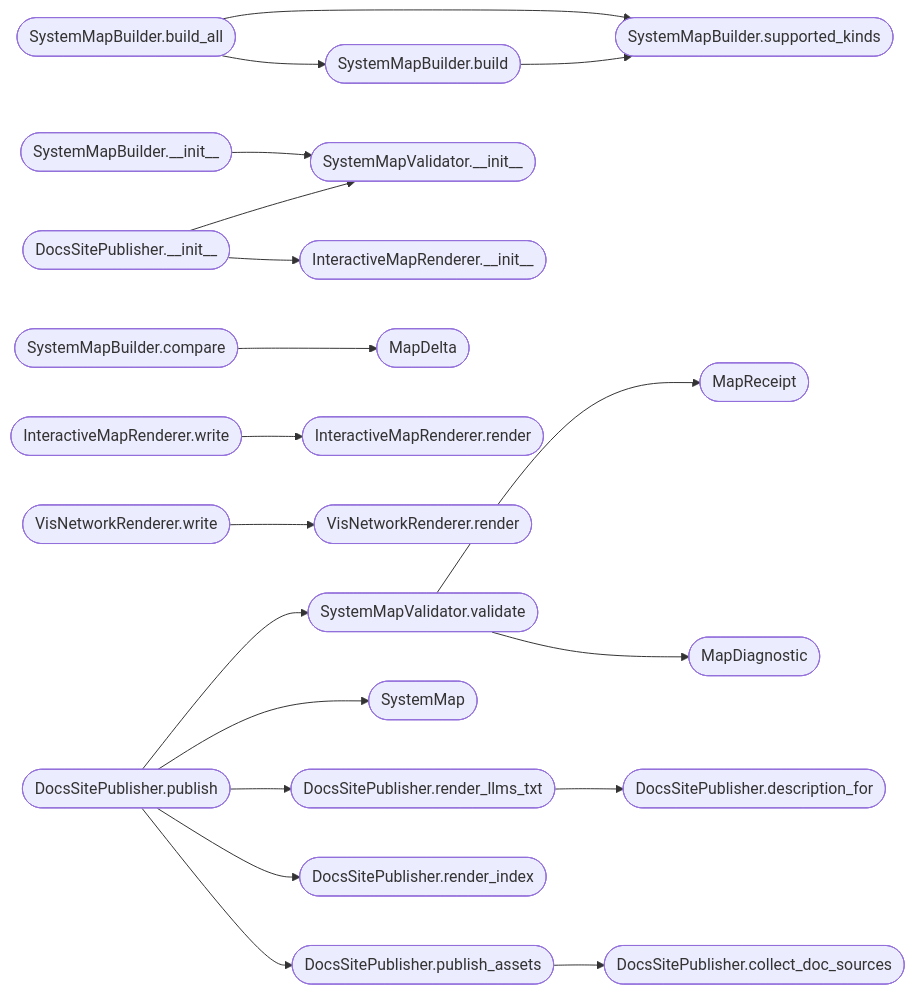
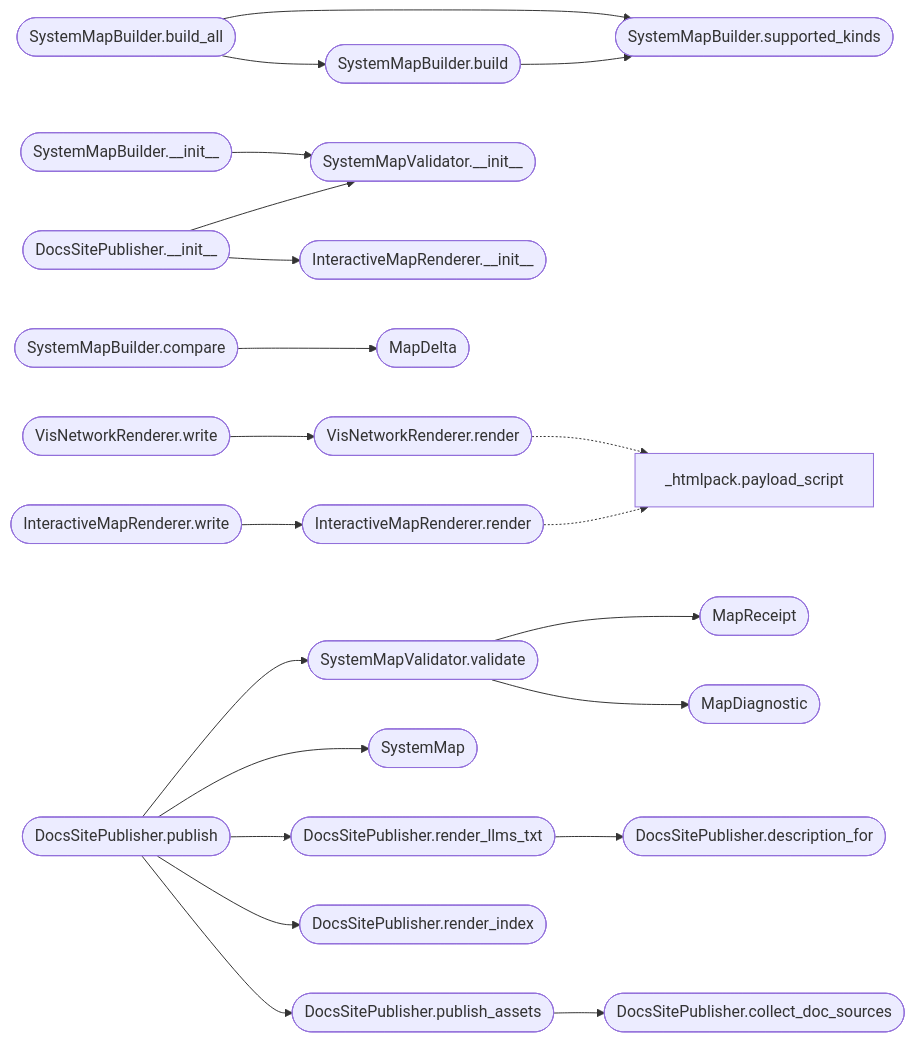
Before and after one commit to grisuno/ReadMenator: the second of 2 diagrams in readmenator-apidocs/modules/readmenator._diagrams.py.md, drawn with Mermaid. The commit also changed other lines of this file and 304 other files, not shown here.

````diff
--- a/readmenator-apidocs/modules/readmenator._diagrams.py.md
+++ b/readmenator-apidocs/modules/readmenator._diagrams.py.md
@@ -103,44 +103,47 @@
 ```mermaid
 flowchart LR
     n_readmenator__diagrams_py__SystemMapValidator_validate(["SystemMapValidator.validate"])
     n_readmenator__diagrams_py__MapDiagnostic(["MapDiagnostic"])
     n_readmenator__diagrams_py__MapReceipt(["MapReceipt"])
     n_readmenator__diagrams_py__SystemMapBuilder___init__(["SystemMapBuilder.__init__"])
     n_readmenator__diagrams_py__SystemMapValidator___init__(["SystemMapValidator.__init__"])
     n_readmenator__diagrams_py__SystemMapBuilder_build(["SystemMapBuilder.build"])
     n_readmenator__diagrams_py__SystemMapBuilder_supported_kinds(["SystemMapBuilder.supported_kinds"])
     n_readmenator__diagrams_py__SystemMapBuilder_build_all(["SystemMapBuilder.build_all"])
     n_readmenator__diagrams_py__SystemMapBuilder_compare(["SystemMapBuilder.compare"])
     n_readmenator__diagrams_py__MapDelta(["MapDelta"])
     n_readmenator__diagrams_py__InteractiveMapRenderer_write(["InteractiveMapRenderer.write"])
     n_readmenator__diagrams_py__InteractiveMapRenderer_render(["InteractiveMapRenderer.render"])
     n_readmenator__diagrams_py__VisNetworkRenderer_write(["VisNetworkRenderer.write"])
     n_readmenator__diagrams_py__VisNetworkRenderer_render(["VisNetworkRenderer.render"])
     n_readmenator__diagrams_py__DocsSitePublisher___init__(["DocsSitePublisher.__init__"])
     n_readmenator__diagrams_py__InteractiveMapRenderer___init__(["InteractiveMapRenderer.__init__"])
     n_readmenator__diagrams_py__DocsSitePublisher_publish(["DocsSitePublisher.publish"])
     n_readmenator__diagrams_py__DocsSitePublisher_publish_assets(["DocsSitePublisher.publish_assets"])
     n_readmenator__diagrams_py__DocsSitePublisher_render_index(["DocsSitePublisher.render_index"])
     n_readmenator__diagrams_py__DocsSitePublisher_render_llms_txt(["DocsSitePublisher.render_llms_txt"])
     n_readmenator__diagrams_py__SystemMap(["SystemMap"])
     n_readmenator__diagrams_py__DocsSitePublisher_collect_doc_sources(["DocsSitePublisher.collect_doc_sources"])
     n_readmenator__diagrams_py__DocsSitePublisher_description_for(["DocsSitePublisher.description_for"])
+    n_readmenator__htmlpack_py__payload_script["_htmlpack.payload_script"]
     n_readmenator__diagrams_py__SystemMapValidator_validate --> n_readmenator__diagrams_py__MapDiagnostic
     n_readmenator__diagrams_py__SystemMapValidator_validate --> n_readmenator__diagrams_py__MapReceipt
     n_readmenator__diagrams_py__SystemMapBuilder___init__ --> n_readmenator__diagrams_py__SystemMapValidator___init__
     n_readmenator__diagrams_py__SystemMapBuilder_build --> n_readmenator__diagrams_py__SystemMapBuilder_supported_kinds
     n_readmenator__diagrams_py__SystemMapBuilder_build_all --> n_readmenator__diagrams_py__SystemMapBuilder_build
     n_readmenator__diagrams_py__SystemMapBuilder_build_all --> n_readmenator__diagrams_py__SystemMapBuilder_supported_kinds
     n_readmenator__diagrams_py__SystemMapBuilder_compare --> n_readmenator__diagrams_py__MapDelta
     n_readmenator__diagrams_py__InteractiveMapRenderer_write --> n_readmenator__diagrams_py__InteractiveMapRenderer_render
     n_readmenator__diagrams_py__VisNetworkRenderer_write --> n_readmenator__diagrams_py__VisNetworkRenderer_render
     n_readmenator__diagrams_py__DocsSitePublisher___init__ --> n_readmenator__diagrams_py__InteractiveMapRenderer___init__
     n_readmenator__diagrams_py__DocsSitePublisher___init__ --> n_readmenator__diagrams_py__SystemMapValidator___init__
     n_readmenator__diagrams_py__DocsSitePublisher_publish --> n_readmenator__diagrams_py__DocsSitePublisher_publish_assets
     n_readmenator__diagrams_py__DocsSitePublisher_publish --> n_readmenator__diagrams_py__DocsSitePublisher_render_index
     n_readmenator__diagrams_py__DocsSitePublisher_publish --> n_readmenator__diagrams_py__DocsSitePublisher_render_llms_txt
     n_readmenator__diagrams_py__DocsSitePublisher_publish --> n_readmenator__diagrams_py__SystemMap
     n_readmenator__diagrams_py__DocsSitePublisher_publish --> n_readmenator__diagrams_py__SystemMapValidator_validate
     n_readmenator__diagrams_py__DocsSitePublisher_publish_assets --> n_readmenator__diagrams_py__DocsSitePublisher_collect_doc_sources
     n_readmenator__diagrams_py__DocsSitePublisher_render_llms_txt --> n_readmenator__diagrams_py__DocsSitePublisher_description_for
+    n_readmenator__diagrams_py__InteractiveMapRenderer_render -.-> n_readmenator__htmlpack_py__payload_script
+    n_readmenator__diagrams_py__VisNetworkRenderer_render -.-> n_readmenator__htmlpack_py__payload_script
 ```
````
